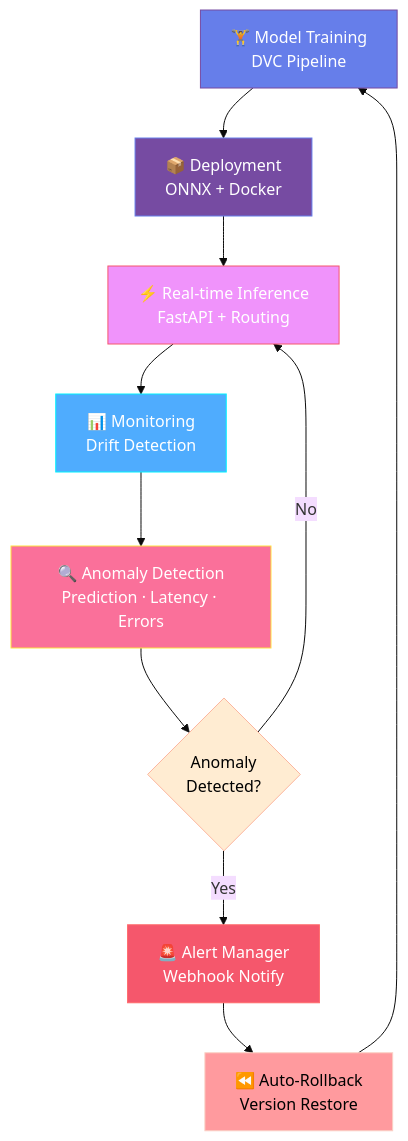
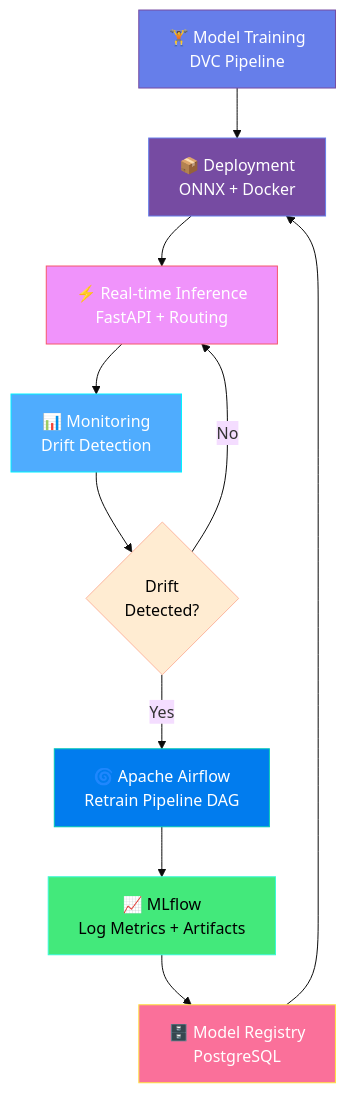
One commit to vtnguyen04/phoenix_ML changed the second of 2 diagrams in README.md. Above: the diagram before and after it, drawn with Mermaid (base theme). The commit also changed other lines of this file, not shown here.

Commit message:
docs: update README with Airflow orchestration and 13+ services

````diff
--- a/README.md
+++ b/README.md
@@ -86,21 +87,21 @@
 ```mermaid
 graph TD
-    Train[🏋️ Model Training<br/>DVC Pipeline] --> Deploy[📦 Deployment<br/>ONNX + Docker]
-    Deploy --> Serve[⚡ Real-time Inference<br/>FastAPI + Routing]
-    Serve --> Monitor[📊 Monitoring<br/>Drift Detection]
-    Monitor --> Anomaly[🔍 Anomaly Detection<br/>Prediction · Latency · Errors]
-    Anomaly --> Decision{Anomaly<br/>Detected?}
+    Train["🏋️ Model Training<br/>DVC Pipeline"] --> Deploy["📦 Deployment<br/>ONNX + Docker"]
+    Deploy --> Serve["⚡ Real-time Inference<br/>FastAPI + Routing"]
+    Serve --> Monitor["📊 Monitoring<br/>Drift Detection"]
+    Monitor --> Decision{"Drift<br/>Detected?"}
     Decision -->|No| Serve
-    Decision -->|Yes| Alert[🚨 Alert Manager<br/>Webhook Notify]
-    Alert --> Rollback[⏪ Auto-Rollback<br/>Version Restore]
-    Rollback --> Train
+    Decision -->|Yes| Airflow["🌀 Apache Airflow<br/>Retrain Pipeline DAG"]
+    Airflow --> MLflow["📈 MLflow<br/>Log Metrics + Artifacts"]
+    MLflow --> Registry["🗄️ Model Registry<br/>PostgreSQL"]
+    Registry --> Deploy
 
     style Train fill:#667eea,stroke:#764ba2,color:#fff
     style Deploy fill:#764ba2,stroke:#667eea,color:#fff
     style Serve fill:#f093fb,stroke:#f5576c,color:#fff
     style Monitor fill:#4facfe,stroke:#00f2fe,color:#fff
-    style Anomaly fill:#fa709a,stroke:#fee140,color:#fff
     style Decision fill:#ffecd2,stroke:#fcb69f,color:#000
-    style Alert fill:#f5576c,stroke:#ff6b6b,color:#fff
-    style Rollback fill:#ff9a9e,stroke:#fad0c4,color:#000
+    style Airflow fill:#017cee,stroke:#00c7b7,color:#fff
+    style MLflow fill:#43e97b,stroke:#38f9d7,color:#000
+    style Registry fill:#fa709a,stroke:#fee140,color:#fff
 ```
````
